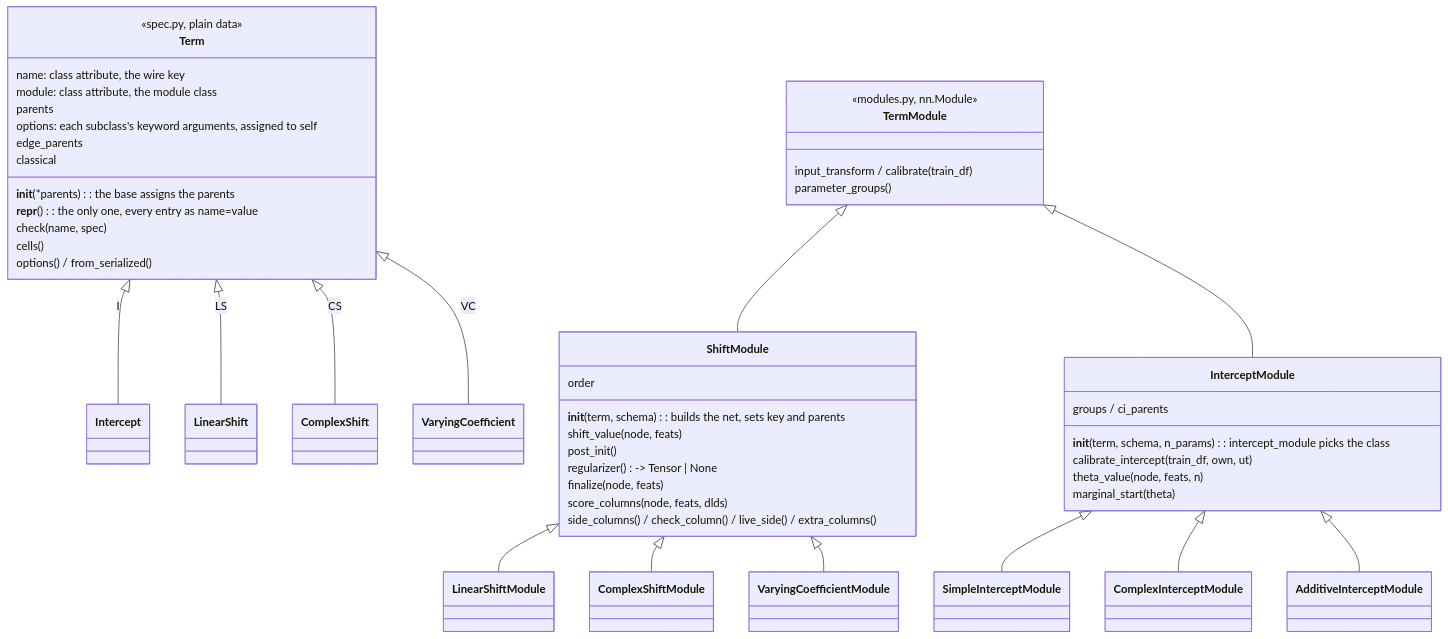
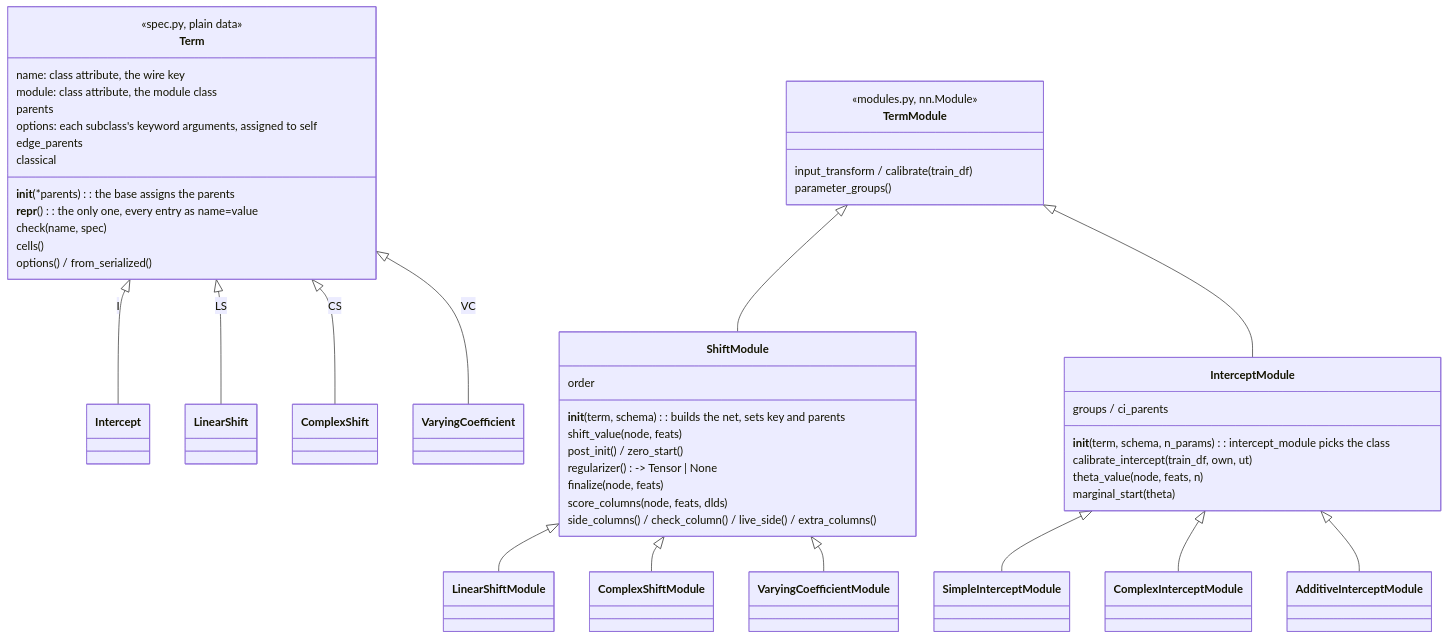
Before and after one commit to tensorchiefs/tramdag: the second of 6 diagrams in docs/architecture.md, drawn with Mermaid. The commit also changed 4 other files, not shown here.

First line of the commit message:
feat(flow): zero_shift_networks starts every CS shift at 0

````diff
--- a/docs/architecture.md
+++ b/docs/architecture.md
@@ -56,51 +56,51 @@
 ```mermaid
 classDiagram
     class Term {
         <<spec.py, plain data>>
         name: class attribute, the wire key
         module: class attribute, the module class
         parents
         __init__(*parents): the base assigns the parents
         options: each subclass's keyword arguments, assigned to self
         __repr__(): the only one, every entry as name=value
         check(name, spec)
         edge_parents
         cells()
         classical
         options() / from_serialized()
     }
     Term <|-- Intercept : I
     Term <|-- LinearShift : LS
     Term <|-- ComplexShift : CS
     Term <|-- VaryingCoefficient : VC
     class TermModule {
         <<modules.py, nn.Module>>
         input_transform / calibrate(train_df)
         parameter_groups()
     }
     class ShiftModule {
         __init__(term, schema): builds the net, sets key and parents
         order
         shift_value(node, feats)
-        post_init()
+        post_init() / zero_start()
         regularizer() -> Tensor | None
         finalize(node, feats)
         score_columns(node, feats, dlds)
         side_columns() / check_column() / live_side() / extra_columns()
     }
     class InterceptModule {
         __init__(term, schema, n_params): intercept_module picks the class
         groups / ci_parents
         calibrate_intercept(train_df, own, ut)
         theta_value(node, feats, n)
         marginal_start(theta)
     }
     TermModule <|-- ShiftModule
     TermModule <|-- InterceptModule
     ShiftModule <|-- LinearShiftModule
     ShiftModule <|-- ComplexShiftModule
     ShiftModule <|-- VaryingCoefficientModule
     InterceptModule <|-- SimpleInterceptModule
     InterceptModule <|-- ComplexInterceptModule
     InterceptModule <|-- AdditiveInterceptModule
 ```
````
